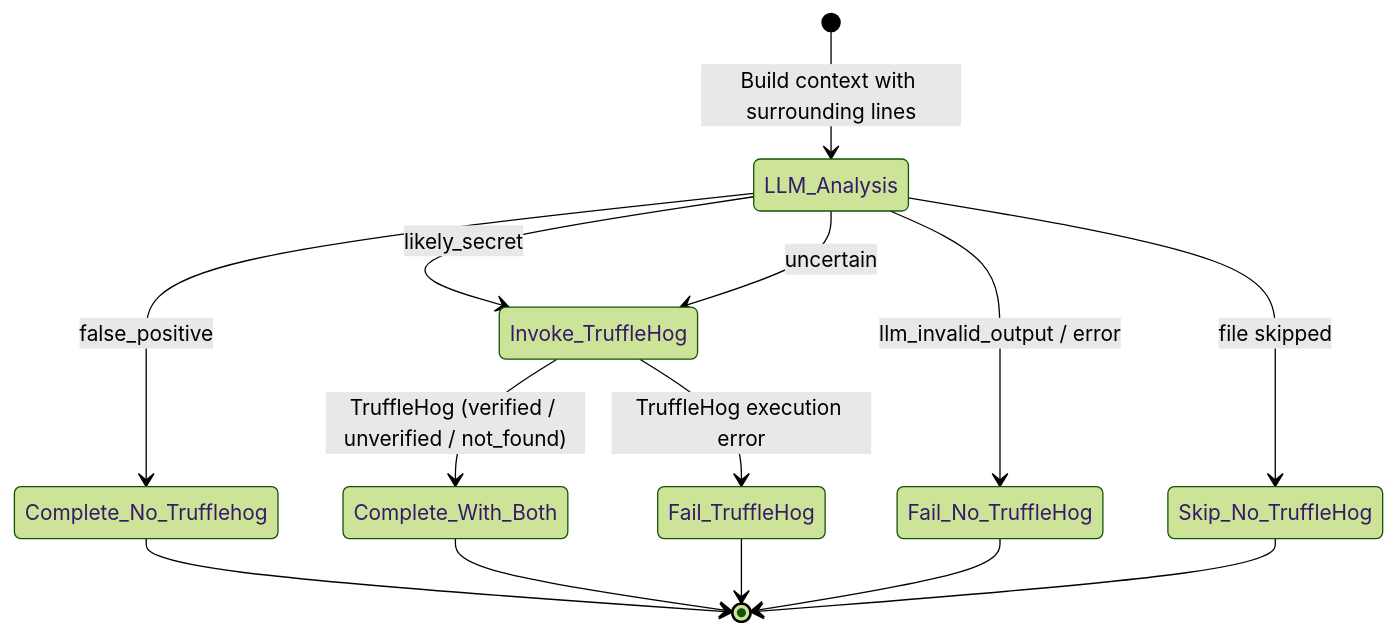
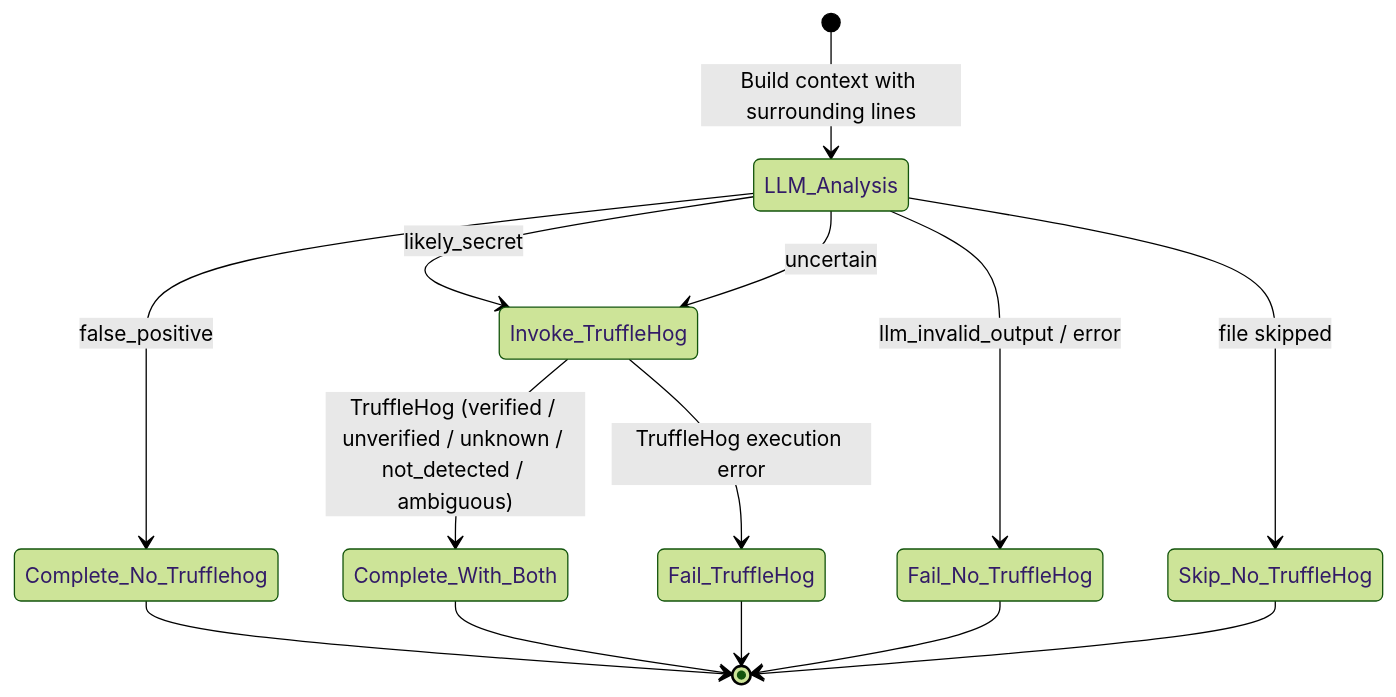
One commit to shubham-shewale/charming-bohr changed the second of 2 diagrams in secret-reconciler/README.md. Above: the diagram before and after it, drawn with Mermaid (forest theme). The commit also changed other lines of this file and 19 other files, not shown here.

Commit message:
fix: pin TruffleHog runtime contract

````diff
--- a/secret-reconciler/README.md
+++ b/secret-reconciler/README.md
@@ -70,19 +70,19 @@
 ```mermaid
 stateDiagram-v2
     [*] --> LLM_Analysis: Build context with surrounding lines
     
     LLM_Analysis --> Complete_No_Trufflehog: false_positive
     LLM_Analysis --> Invoke_TruffleHog: likely_secret
     LLM_Analysis --> Invoke_TruffleHog: uncertain
     LLM_Analysis --> Fail_No_TruffleHog: llm_invalid_output / error
     LLM_Analysis --> Skip_No_TruffleHog: file skipped
     
-    Invoke_TruffleHog --> Complete_With_Both: TruffleHog (verified / unverified / not_found)
+    Invoke_TruffleHog --> Complete_With_Both: TruffleHog (verified / unverified / unknown / not_detected / ambiguous)
     Invoke_TruffleHog --> Fail_TruffleHog: TruffleHog execution error
     
     Complete_No_Trufflehog --> [*]
     Complete_With_Both --> [*]
     Fail_No_TruffleHog --> [*]
     Skip_No_TruffleHog --> [*]
     Fail_TruffleHog --> [*]
 ```
````
